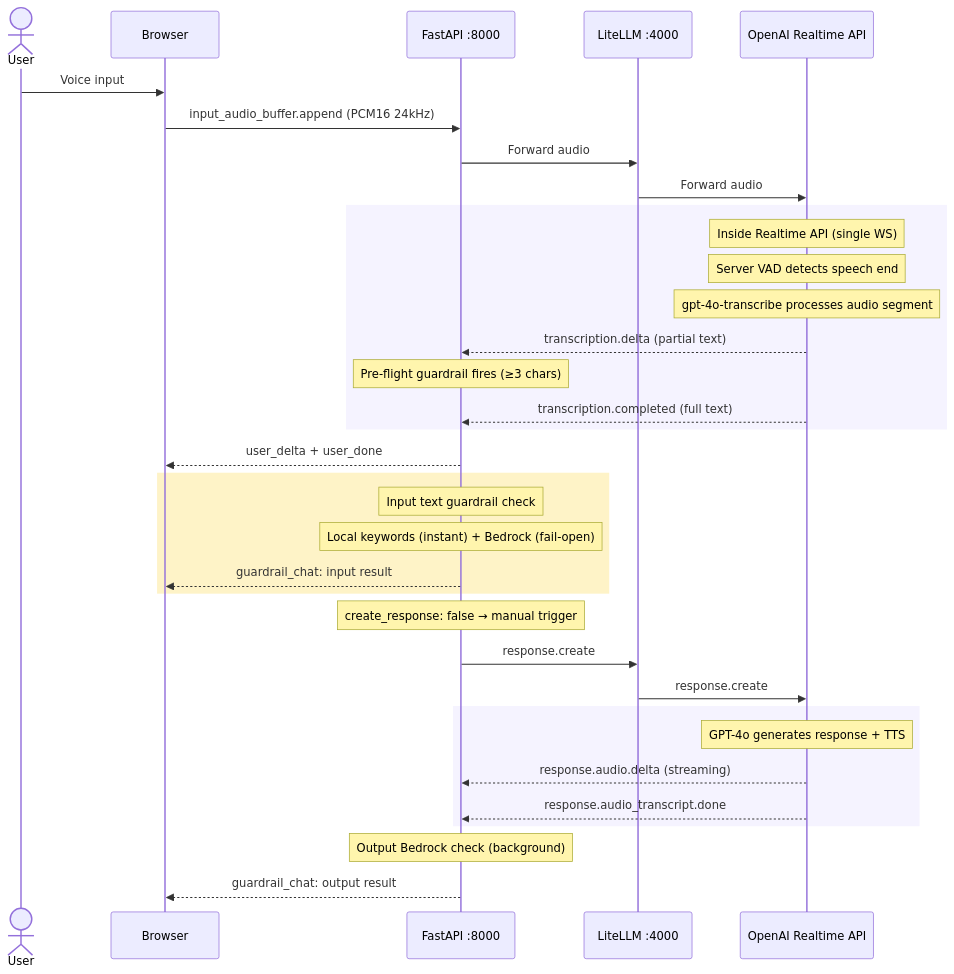
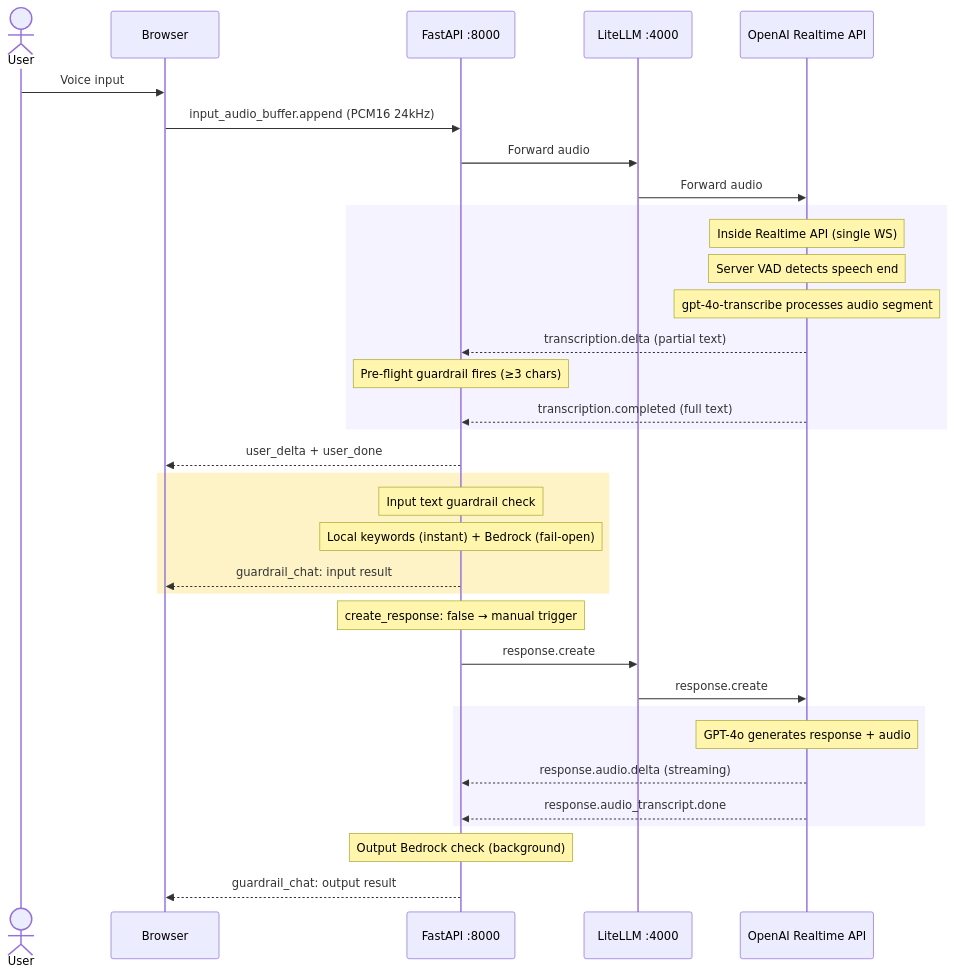
One commit to vic4code/speech-form-filling-demo changed the third of 5 diagrams in ARCHITECTURE.md. Above: the diagram before and after it, drawn with Mermaid. The commit also changed other lines of this file, not shown here.

First line of the commit message:
Simplify architecture diagram, remove TTS references

````diff
--- a/ARCHITECTURE.md
+++ b/ARCHITECTURE.md
@@ -142,43 +133,43 @@
 ```mermaid
 sequenceDiagram
     actor User
     participant Browser
     participant FastAPI as FastAPI :8000
     participant LiteLLM as LiteLLM :4000
     participant OpenAI as OpenAI Realtime API
 
     User ->> Browser: Voice input
     Browser ->> FastAPI: input_audio_buffer.append (PCM16 24kHz)
     FastAPI ->> LiteLLM: Forward audio
     LiteLLM ->> OpenAI: Forward audio
 
     rect rgb(245, 243, 255)
         note over OpenAI: Inside Realtime API (single WS)
         note over OpenAI: Server VAD detects speech end
         note over OpenAI: gpt-4o-transcribe processes audio segment
         OpenAI -->> FastAPI: transcription.delta (partial text)
         note over FastAPI: Pre-flight guardrail fires (≥3 chars)
         OpenAI -->> FastAPI: transcription.completed (full text)
     end
 
     FastAPI -->> Browser: user_delta + user_done
 
     rect rgb(254, 243, 199)
         note over FastAPI: Input text guardrail check
         note over FastAPI: Local keywords (instant) + Bedrock (fail-open)
         FastAPI -->> Browser: guardrail_chat: input result
     end
 
     note over FastAPI: create_response: false → manual trigger
     FastAPI ->> LiteLLM: response.create
     LiteLLM ->> OpenAI: response.create
 
     rect rgb(245, 243, 255)
-        note over OpenAI: GPT-4o generates response + TTS
+        note over OpenAI: GPT-4o generates response + audio
         OpenAI -->> FastAPI: response.audio.delta (streaming)
         OpenAI -->> FastAPI: response.audio_transcript.done
     end
 
     note over FastAPI: Output Bedrock check (background)
     FastAPI -->> Browser: guardrail_chat: output result
 ```
````
